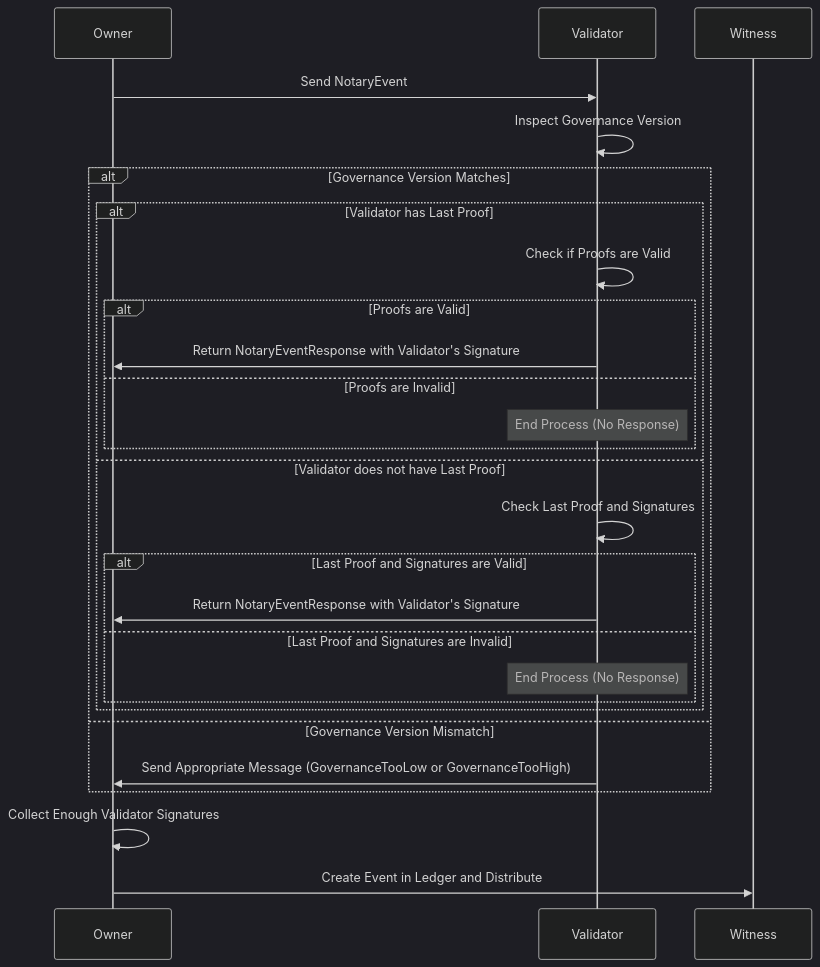
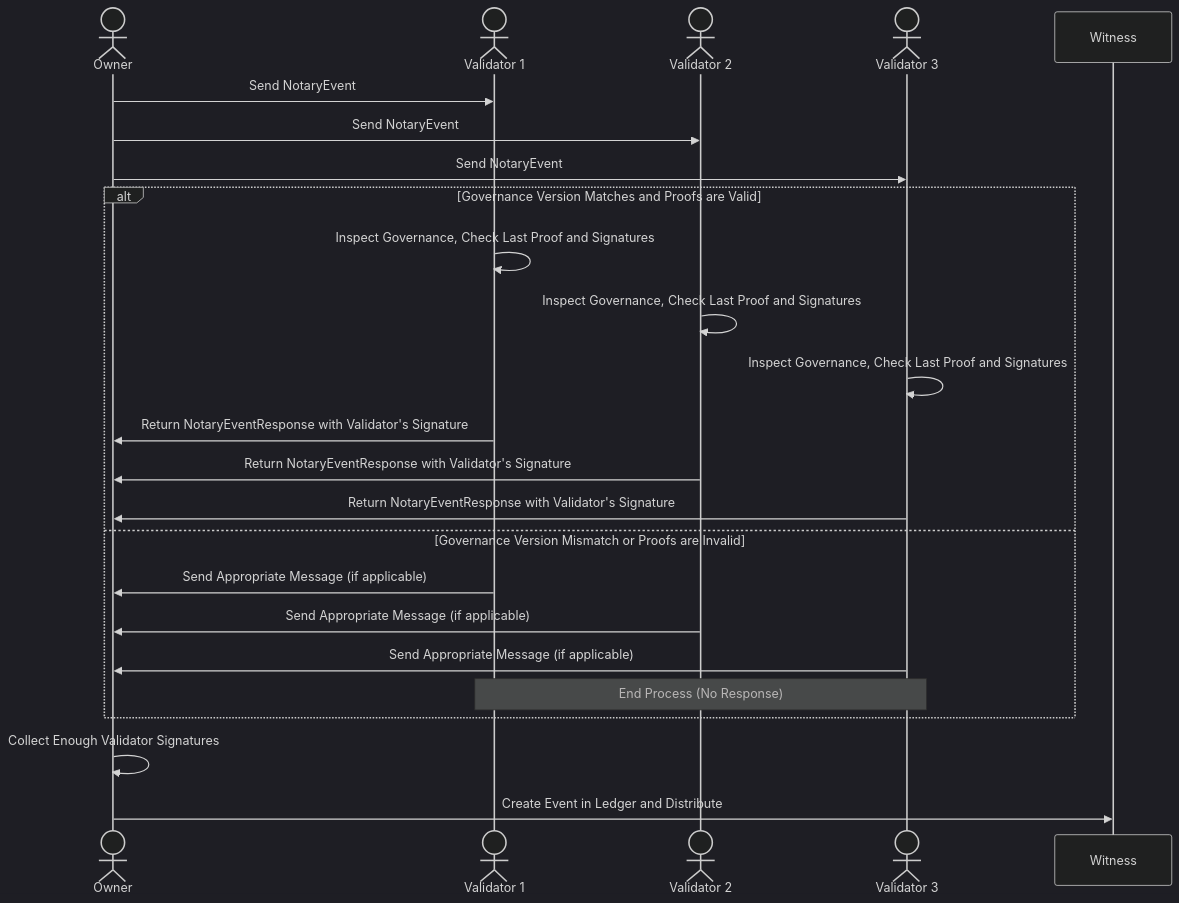
One commit to opencanarias/taple-docsite changed the diagram in docs/discover/event-validation-process.md. Above: the diagram before and after it, drawn with Mermaid (dark theme). The commit also changed other lines of this file and 2 other files, not shown here.

Commit message:
doc: event phases (#13)

````diff
--- a/docs/discover/event-validation-process.md
+++ b/docs/discover/event-validation-process.md
@@ -65,30 +65,28 @@
 ```mermaid
 sequenceDiagram
-participant Owner as Owner
-participant Validator as Validator
+actor Owner as Owner
+actor Validator1 as Validator 1
+actor Validator2 as Validator 2
+actor Validator3 as Validator 3
 
-Owner->>Validator: Send NotaryEvent
-Validator->>Validator: Inspect Governance Version
-alt Governance Version Matches
-    alt Validator has Last Proof
-        Validator->>Validator: Check if Proofs are Valid
-        alt Proofs are Valid
-            Validator->>Owner: Return NotaryEventResponse with Validator's Signature
-        else Proofs are Invalid
-            Note over Validator: End Process (No Response)
-        end
-    else Validator does not have Last Proof
-        Validator->>Validator: Check Last Proof and Signatures
-        alt Last Proof and Signatures are Valid
-            Validator->>Owner: Return NotaryEventResponse with Validator's Signature
-        else Last Proof and Signatures are Invalid
-            Note over Validator: End Process (No Response)
-        end
-    end
-else Governance Version Mismatch
-    Validator->>Owner: Send Appropriate Message (GovernanceTooLow or GovernanceTooHigh)
+Owner->>Validator1: Send NotaryEvent
+Owner->>Validator2: Send NotaryEvent
+Owner->>Validator3: Send NotaryEvent
+
+alt Governance Version Matches and Proofs are Valid
+    Validator1->>Validator1: Inspect Governance, Check Last Proof and Signatures
+    Validator2->>Validator2: Inspect Governance, Check Last Proof and Signatures
+    Validator3->>Validator3: Inspect Governance, Check Last Proof and Signatures
+    Validator1->>Owner: Return NotaryEventResponse with Validator's Signature
+    Validator2->>Owner: Return NotaryEventResponse with Validator's Signature
+    Validator3->>Owner: Return NotaryEventResponse with Validator's Signature
+else Governance Version Mismatch or Proofs are Invalid
+    Validator1->>Owner: Send Appropriate Message (if applicable)
+    Validator2->>Owner: Send Appropriate Message (if applicable)
+    Validator3->>Owner: Send Appropriate Message (if applicable)
+    Note over Validator1,Validator3: End Process (No Response)
 end
 
 Owner->>Owner: Collect Enough Validator Signatures
 Owner->>Witness: Create Event in Ledger and Distribute
 ```
````
